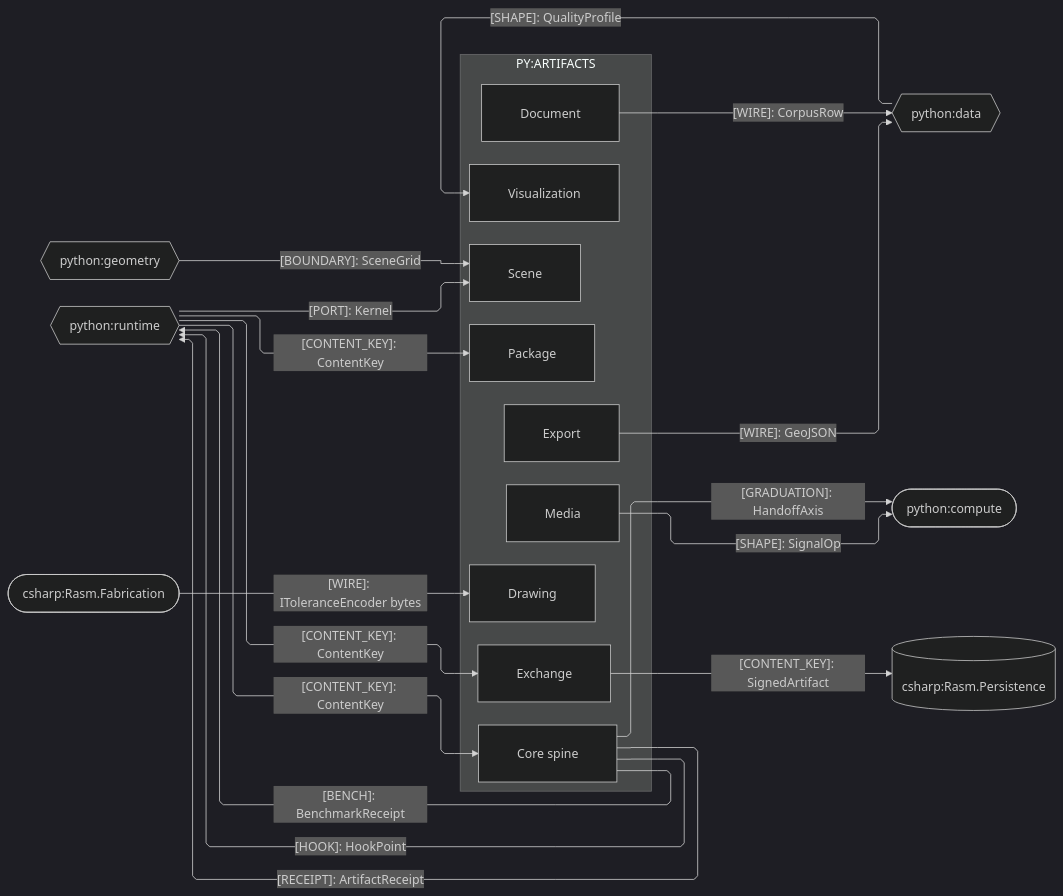
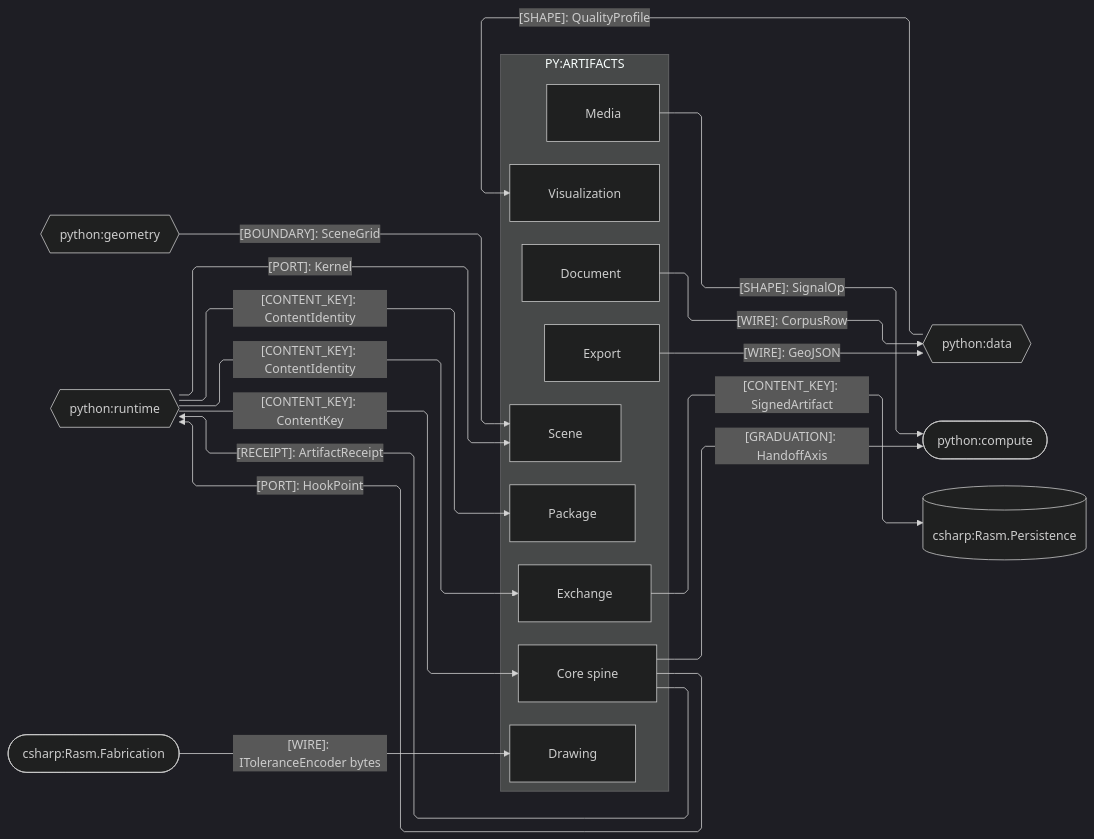
The second of 3 diagrams in libs/python/artifacts/ARCHITECTURE.md (bsamiee/Rasm), drawn with Mermaid (dark theme) before and after one commit. The commit also changed other lines of this file and 486 other files, not shown here.

````diff
--- a/libs/python/artifacts/ARCHITECTURE.md
+++ b/libs/python/artifacts/ARCHITECTURE.md
@@ -200,44 +200,43 @@
 ```mermaid
 ---
 config:
   layout: elk
   flowchart:
     curve: linear
     padding: 25
 ---
 flowchart LR
     accTitle: Artifacts package seam registry
     accDescr: Artifacts sub-domain owners exchanging content keys, receipts, wires, and shapes with Python and C# peers.
     subgraph artifacts[PY:ARTIFACTS]
         Core[Core spine]
         Document[Document]
         Visualization[Visualization]
         Drawing[Drawing]
         Media[Media]
         Scene[Scene]
         Export[Export]
         Exchange[Exchange]
         Package[Package]
     end
     Geometry{{python:geometry}}
     Runtime{{python:runtime}}
     Data{{python:data}}
     Compute([python:compute])
     Persistence[(csharp:Rasm.Persistence)]
     Fabrication([csharp:Rasm.Fabrication])
     Runtime e1@-->|"[CONTENT_KEY]: ContentKey"| Core
     Core e2@-->|"[RECEIPT]: ArtifactReceipt"| Runtime
-    Runtime e3@-->|"[CONTENT_KEY]: ContentKey"| Exchange
-    Runtime e4@-->|"[CONTENT_KEY]: ContentKey"| Package
+    Runtime e3@-->|"[CONTENT_KEY]: ContentIdentity"| Exchange
+    Runtime e4@-->|"[CONTENT_KEY]: ContentIdentity"| Package
     Core e5@-->|"[GRADUATION]: HandoffAxis"| Compute
     Media e6@-->|"[SHAPE]: SignalOp"| Compute
     Document e7@-->|"[WIRE]: CorpusRow"| Data
     Export e8@-->|"[WIRE]: GeoJSON"| Data
     Data e9@-->|"[SHAPE]: QualityProfile"| Visualization
     Fabrication e11@-->|"[WIRE]: IToleranceEncoder bytes"| Drawing
     Geometry e12@-->|"[BOUNDARY]: SceneGrid"| Scene
     Exchange e13@-->|"[CONTENT_KEY]: SignedArtifact"| Persistence
     Runtime e14@-->|"[PORT]: Kernel"| Scene
-    Core e15@-->|"[HOOK]: HookPoint"| Runtime
-    Core e16@-->|"[BENCH]: BenchmarkReceipt"| Runtime
+    Core e15@-->|"[PORT]: HookPoint"| Runtime
 ```
````
